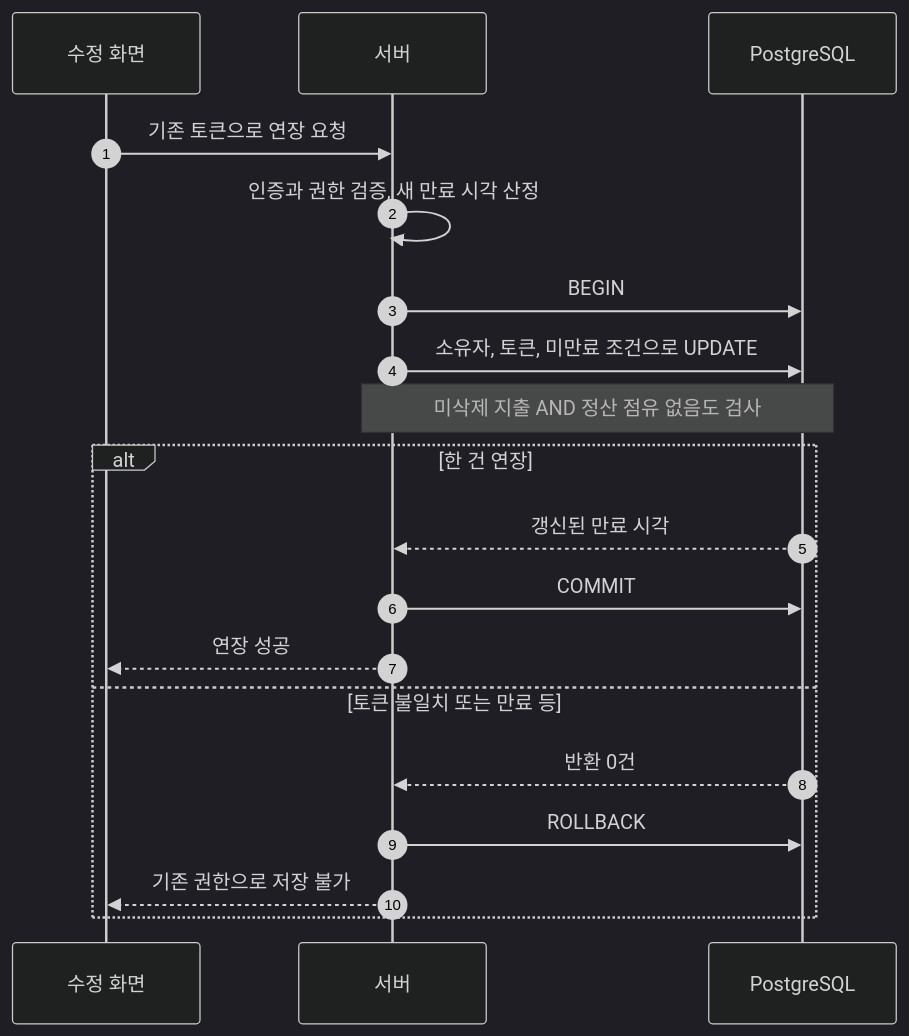
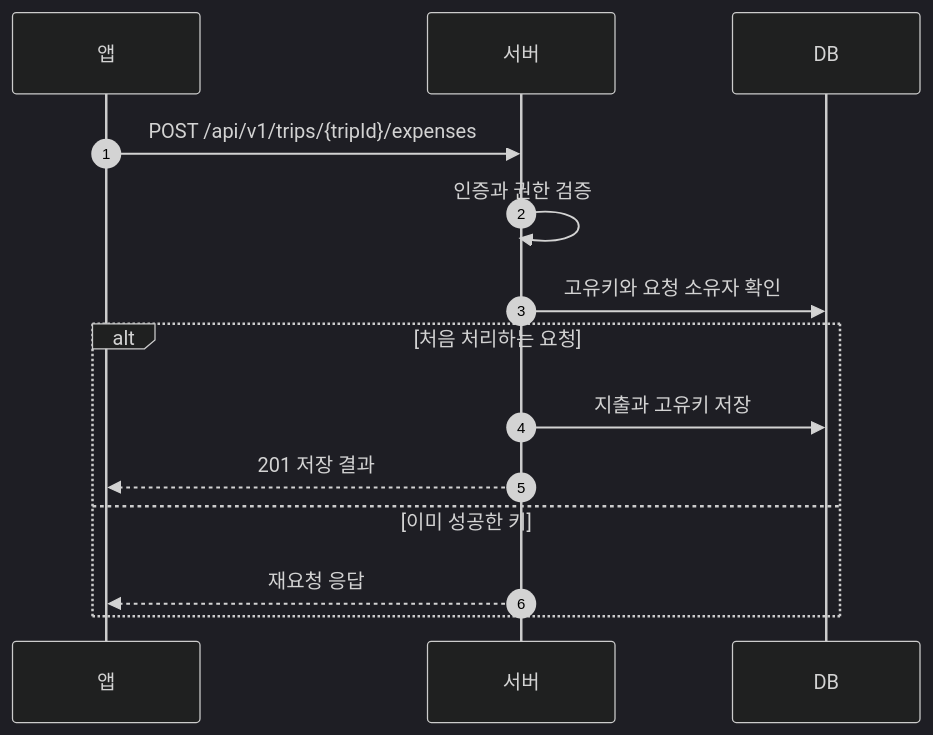
One commit to JECT-Study/Billit-5th-Docs changed the second of 4 diagrams in design/expense.md. Above: the diagram before and after it, drawn with Mermaid (dark theme). The commit also changed other lines of this file and 3 other files, not shown here.

````diff
--- a/design/expense.md
+++ b/design/expense.md
@@ -317,21 +170,17 @@
 ```mermaid
 sequenceDiagram
     autonumber
-    participant App as 수정 화면
+    participant App as 앱
     participant Server as 서버
-    participant DB as PostgreSQL
-    App->>Server: 기존 토큰으로 연장 요청
-    Server->>Server: 인증과 권한 검증, 새 만료 시각 산정
-    Server->>DB: BEGIN
-    Server->>DB: 소유자, 토큰, 미만료 조건으로 UPDATE
-    Note over Server,DB: 미삭제 지출 AND 정산 점유 없음도 검사
-    alt 한 건 연장
-        DB-->>Server: 갱신된 만료 시각
-        Server->>DB: COMMIT
-        Server-->>App: 연장 성공
-    else 토큰 불일치 또는 만료 등
-        DB-->>Server: 반환 0건
-        Server->>DB: ROLLBACK
-        Server-->>App: 기존 권한으로 저장 불가
+    participant DB as DB
+
+    App->>Server: POST /api/v1/trips/{tripId}/expenses
+    Server->>Server: 인증과 권한 검증
+    Server->>DB: 고유키와 요청 소유자 확인
+    alt 처음 처리하는 요청
+        Server->>DB: 지출과 고유키 저장
+        Server-->>App: 201 저장 결과
+    else 이미 성공한 키
+        Server-->>App: 재요청 응답
     end
 ```
````
